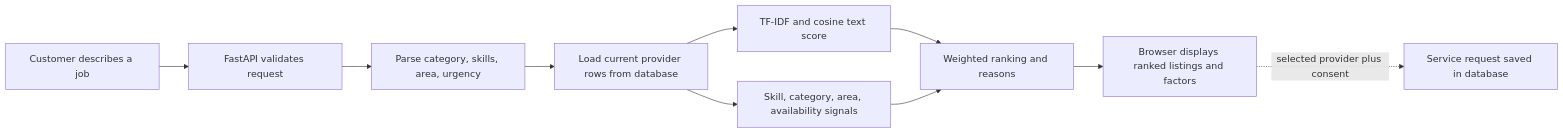
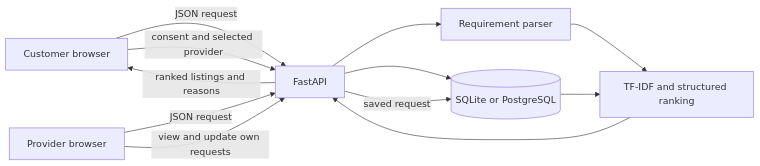
One commit to biplabxdas/barak-valley-connect changed the diagram in README.md. Above: the diagram before and after it, drawn with Mermaid. The commit also changed other lines of this file, not shown here.

````diff
--- a/README.md
+++ b/README.md
@@ -105,12 +34,14 @@
 ```mermaid
 flowchart LR
-    A[Customer describes a job] --> B[FastAPI validates request]
-    B --> C[Parse category, skills, area, urgency]
-    C --> D[Load current provider rows from database]
-    D --> E[TF-IDF and cosine text score]
-    D --> F[Skill, category, area, availability signals]
-    E --> G[Weighted ranking and reasons]
-    F --> G
-    G --> H[Browser displays ranked listings and factors]
-    H -. selected provider plus consent .-> I[Service request saved in database]
+    C[Customer browser] -->|JSON request| A[FastAPI]
+    P[Provider browser] -->|JSON request| A
+    A --> U[Requirement parser]
+    U --> M[TF-IDF and structured ranking]
+    A --> D[(SQLite or PostgreSQL)]
+    D --> M
+    M --> A
+    A -->|ranked listings and reasons| C
+    C -->|consent and selected provider| A
+    A -->|saved request| D
+    P -->|view and update own requests| A
 ```
````
